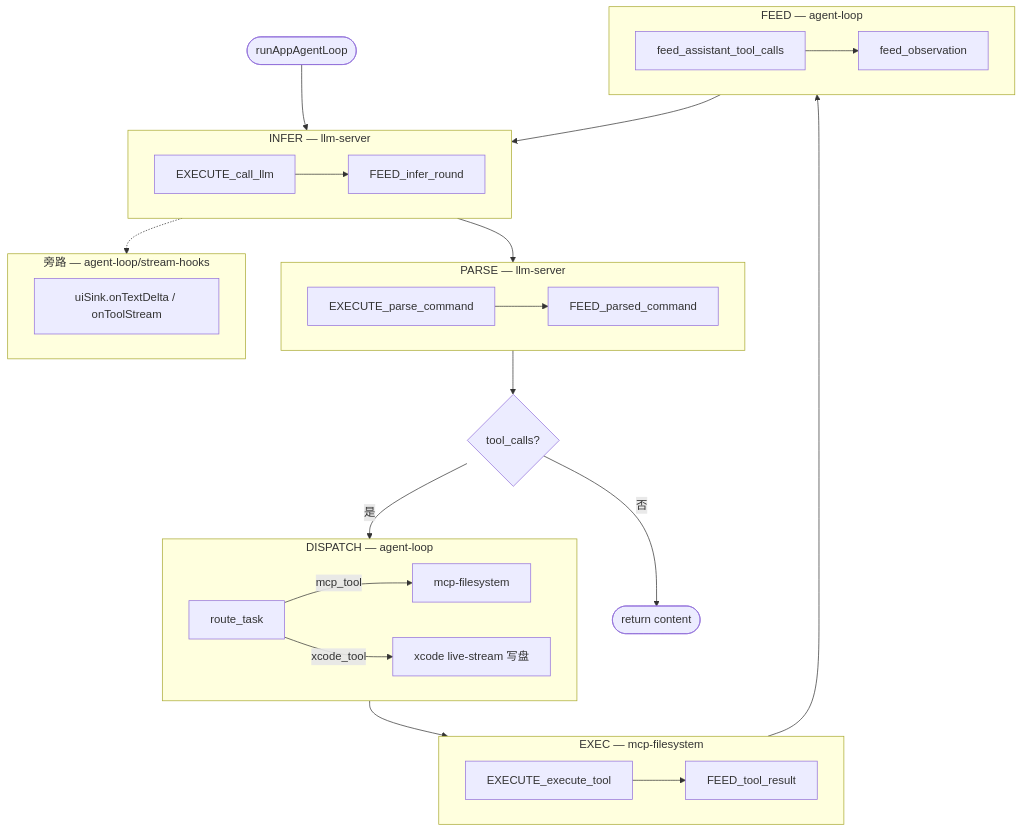
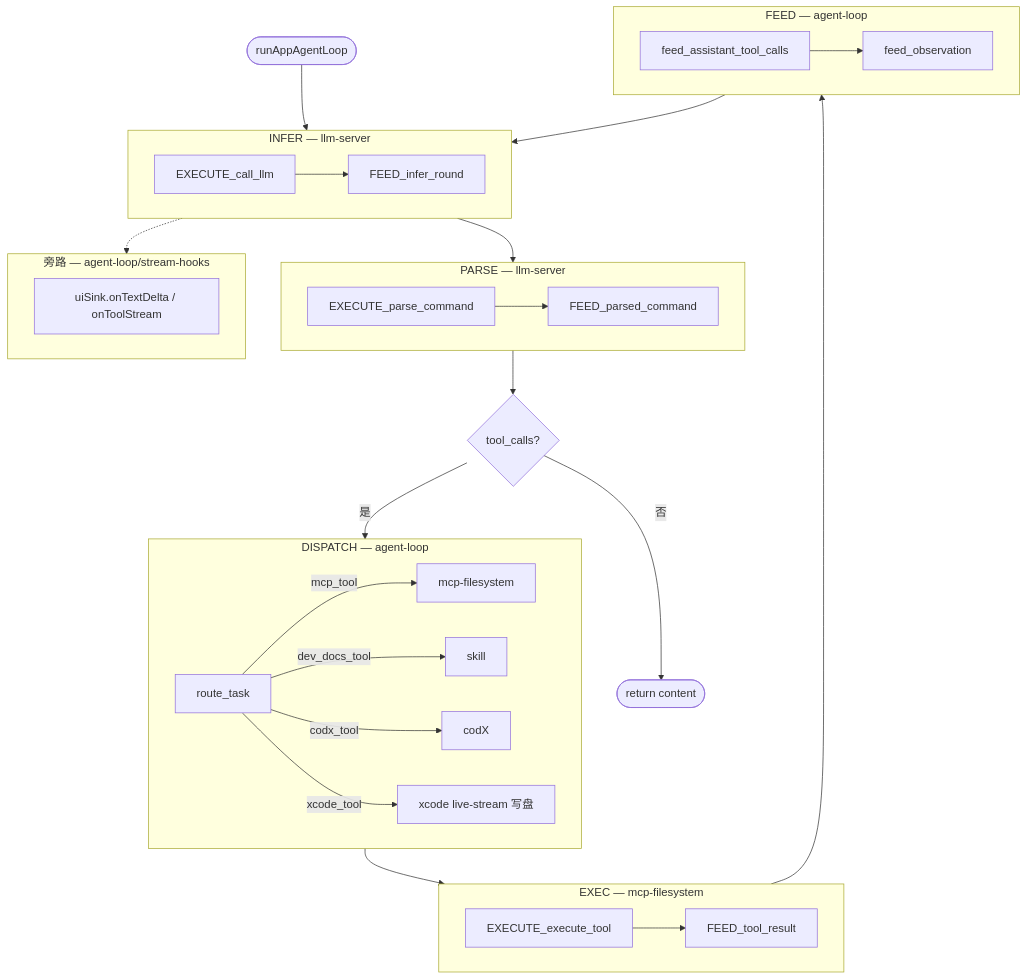
Before and after one commit to SCSHICHUAN/Pecado: the eighth of 9 diagrams in README.md, drawn with Mermaid. The commit also changed other lines of this file and 43 other files, not shown here.

````diff
--- a/README.md
+++ b/README.md
@@ -636,53 +748,55 @@
 ```mermaid
 flowchart TB
   START([runAppAgentLoop]) --> INFER
 
   subgraph INFER [INFER — llm-server]
     E1[EXECUTE_call_llm]
     F1[FEED_infer_round]
     E1 --> F1
   end
 
   INFER --> PARSE
 
   subgraph PARSE [PARSE — llm-server]
     E2[EXECUTE_parse_command]
     F2[FEED_parsed_command]
     E2 --> F2
   end
 
   PARSE --> DEC{tool_calls?}
   DEC -->|否| DONE([return content])
   DEC -->|是| DISPATCH
 
   subgraph DISPATCH [DISPATCH — agent-loop]
     RT[route_task]
     RT -->|mcp_tool| MOD[mcp-filesystem]
+    RT -->|dev_docs_tool| SK[skill]
+    RT -->|codx_tool| CX[codX]
     RT -->|xcode_tool| XC[xcode]
   end
 
   DISPATCH --> EXEC
 
   subgraph EXEC [EXEC — mcp-filesystem]
     E3[EXECUTE_execute_tool]
     F3[FEED_tool_result]
     E3 --> F3
   end
 
   EXEC --> FEED
 
   subgraph FEED [FEED — agent-loop]
     FA[feed_assistant_tool_calls]
     FO[feed_observation]
     FA --> FO
   end
 
   FEED --> INFER
 
   subgraph SIDE [旁路 — agent-loop/stream-hooks]
     UI[uiSink.onTextDelta / onToolStream]
     XC[xcode live-stream 写盘]
   end
 
   INFER -.-> SIDE
 ```
````
